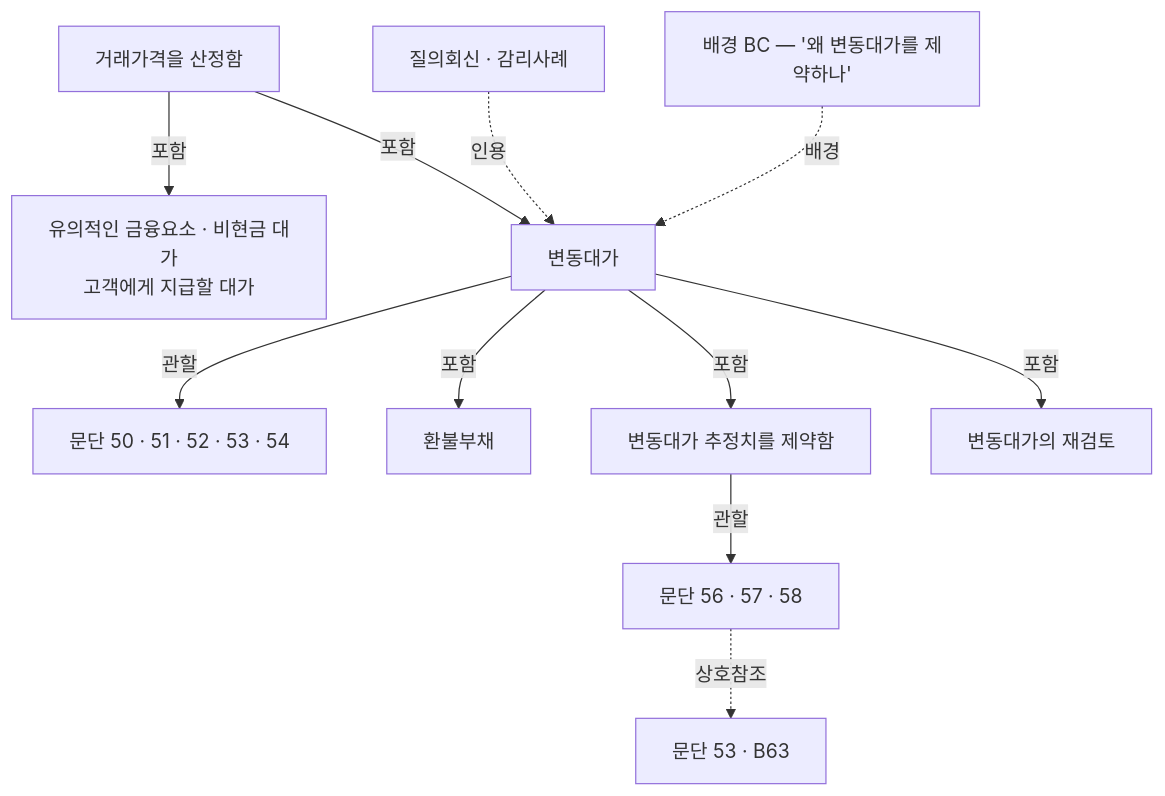
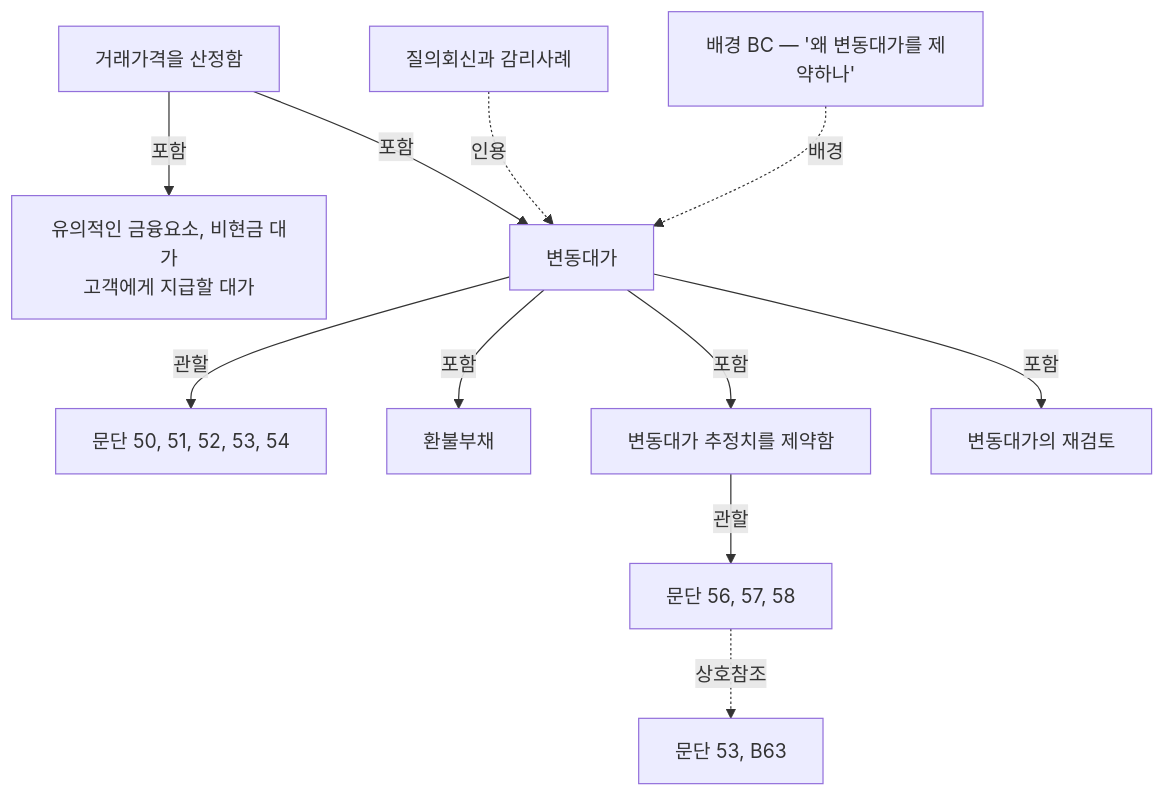
The third of 3 diagrams in README.md (ghdtjrgns321-creator/k-ifrs-1115), drawn with Mermaid before and after one commit. The commit also changed other lines of this file, not shown here.

````diff
--- a/README.md
+++ b/README.md
@@ -306,16 +306,16 @@
 ```mermaid
 graph TD
     P["거래가격을 산정함"]
-    B["유의적인 금융요소 · 비현금 대가<br/>고객에게 지급할 대가"]
+    B["유의적인 금융요소, 비현금 대가<br/>고객에게 지급할 대가"]
     V["변동대가"]
     P -->|포함| V
     P -->|포함| B
-    V -->|관할| VP["문단 50 · 51 · 52 · 53 · 54"]
+    V -->|관할| VP["문단 50, 51, 52, 53, 54"]
     V -->|포함| C1["환불부채"]
     V -->|포함| C2["변동대가 추정치를 제약함"]
     V -->|포함| C3["변동대가의 재검토"]
-    C2 -->|관할| CP["문단 56 · 57 · 58"]
-    CP -.->|상호참조| X["문단 53 · B63"]
-    S["질의회신 · 감리사례"] -.->|인용| V
+    C2 -->|관할| CP["문단 56, 57, 58"]
+    CP -.->|상호참조| X["문단 53, B63"]
+    S["질의회신과 감리사례"] -.->|인용| V
     BC["배경 BC — '왜 변동대가를 제약하나'"] -.->|배경| V
 ```
````
